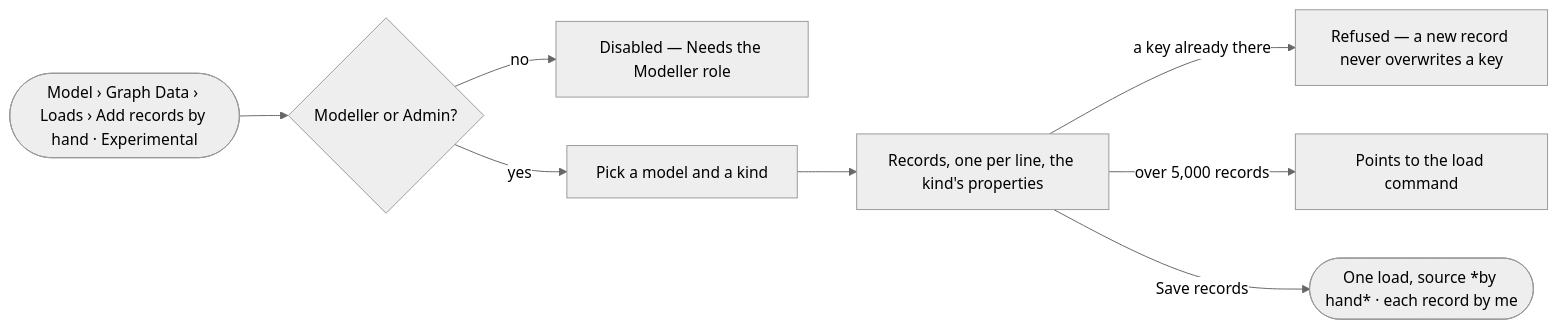
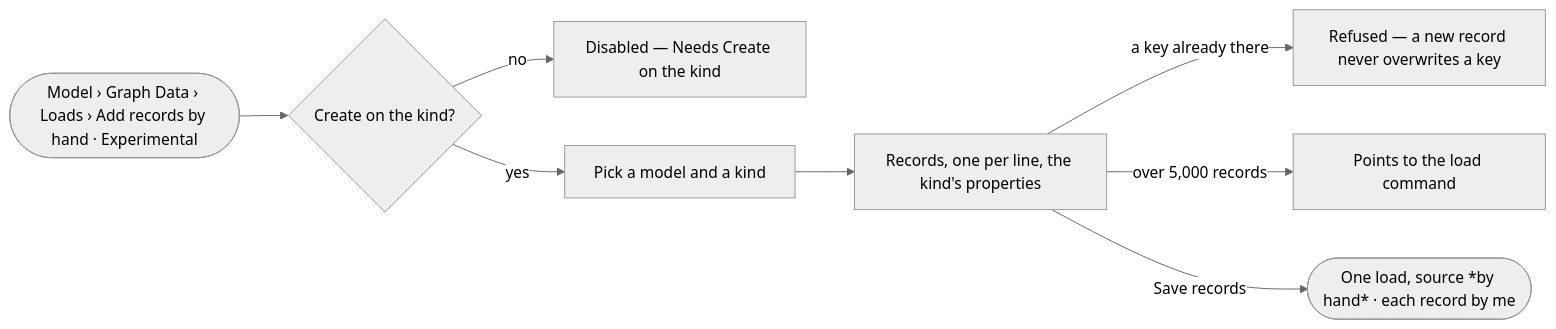
Before and after one commit to invana/invana: the diagram in specs/capabilities/records/features/RC-F02-bring-records-in/stories/RC-11-add-a-few-records-by-hand/story.md, drawn with Mermaid (neutral theme). The commit also changed other lines of this file and 236 other files, not shown here.

First line of the commit message:
docs(specs): grant by permission, not role, across access and records

````diff
--- a/specs/capabilities/records/features/RC-F02-bring-records-in/stories/RC-11-add-a-few-records-by-hand/story.md
+++ b/specs/capabilities/records/features/RC-F02-bring-records-in/stories/RC-11-add-a-few-records-by-hand/story.md
@@ -28,10 +28,10 @@
 ```mermaid
 flowchart LR
-  a([Model › Graph Data › Loads › Add records by hand · Experimental]) --> g{Modeller or Admin?}
-  g -->|no| na["Disabled — Needs the Modeller role"]
+  a([Model › Graph Data › Loads › Add records by hand · Experimental]) --> g{Create on the kind?}
+  g -->|no| na["Disabled — Needs Create on the kind"]
   g -->|yes| k["Pick a model and a kind"]
   k --> rows["Records, one per line, the kind's properties"]
   rows -->|a key already there| kx["Refused — a new record never overwrites a key"]
   rows -->|over 5,000 records| big["Points to the load command"]
   rows -->|Save records| ok(["One load, source *by hand* · each record by me"])
 ```
````
